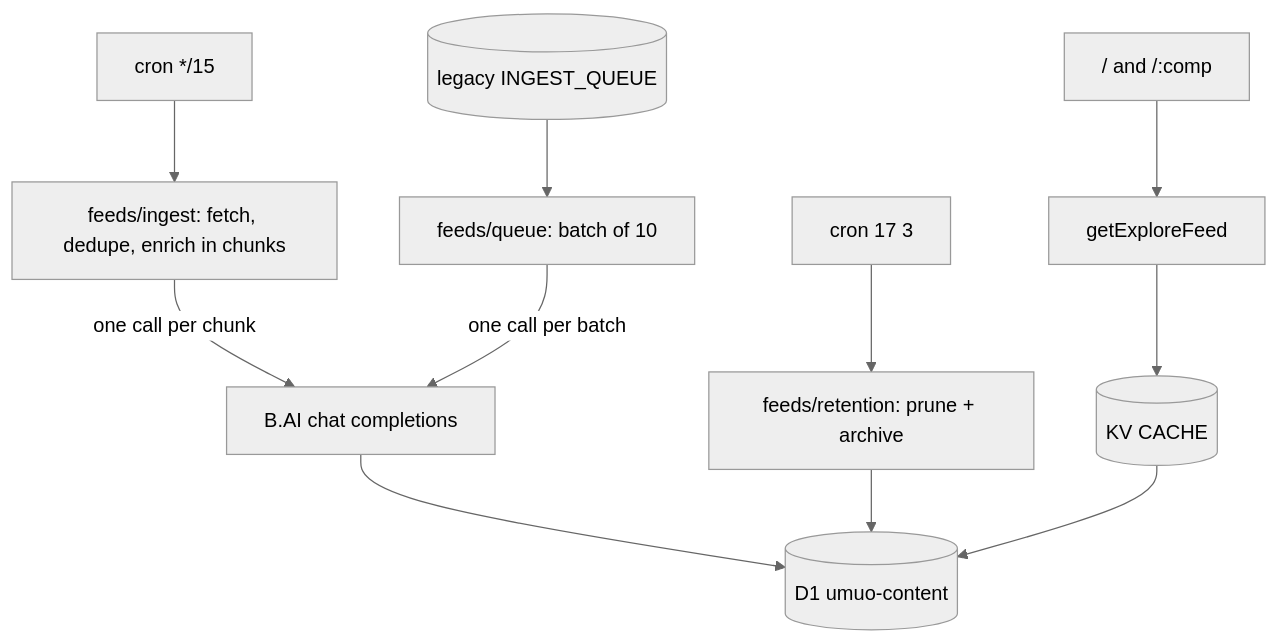
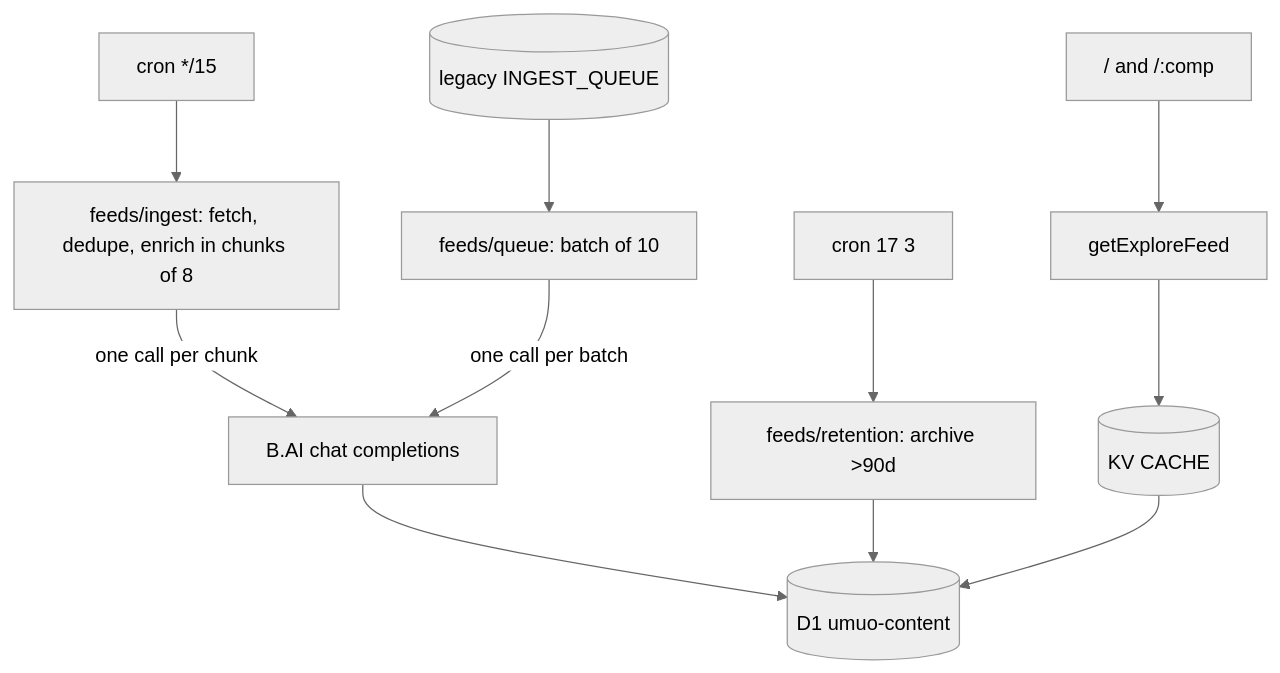
The diagram in AGENTS.md (youming-ai/umuo), drawn with Mermaid (neutral theme) before and after one commit. The commit also changed other lines of this file, not shown here.

````diff
--- a/AGENTS.md
+++ b/AGENTS.md
@@ -11,12 +11,12 @@
 ```mermaid
 graph TD
-  Cron["cron */15"] --> Ingest[feeds/ingest: fetch, dedupe, enrich in chunks]
-  Ingest -->|one call per chunk| Gemini[B.AI chat completions]
-  Gemini --> D1[(D1 umuo-content)]
+  Cron["cron */15"] --> Ingest[feeds/ingest: fetch, dedupe, enrich in chunks of 8]
+  Ingest -->|one call per chunk| LLM[B.AI chat completions]
+  LLM --> D1[(D1 umuo-content)]
   LegacyQ[(legacy INGEST_QUEUE)] --> Consumer[feeds/queue: batch of 10]
-  Consumer -->|one call per batch| Gemini
-  Sweep["cron 17 3"] --> Retention[feeds/retention: prune + archive]
+  Consumer -->|one call per batch| LLM
+  Sweep["cron 17 3"] --> Retention[feeds/retention: archive >90d]
   Retention --> D1
 
   Home["/ and /:comp"] --> Explore[getExploreFeed] --> KV1[(KV CACHE)] --> D1
 ```
````
